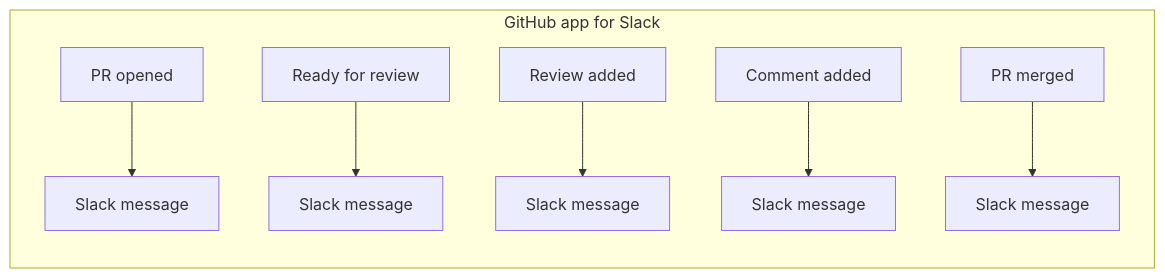
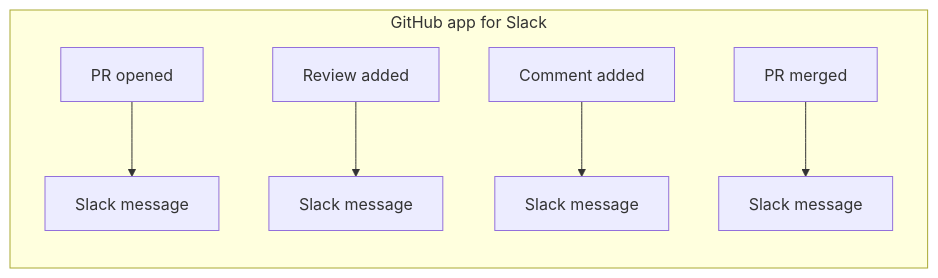
Before and after one commit to mptooling/notifycat: the first of 2 diagrams in docs/index.md, drawn with Mermaid. The commit also changed other lines of this file and 23 other files, not shown here.

````diff
--- a/docs/index.md
+++ b/docs/index.md
@@ -30,10 +21,9 @@
 ```mermaid
 flowchart LR
     subgraph github_app[GitHub app for Slack]
         opened[PR opened] --> opened_msg[Slack message]
-        ready[Ready for review] --> ready_msg[Slack message]
         review[Review added] --> review_msg[Slack message]
         comment[Comment added] --> comment_msg[Slack message]
         merged[PR merged] --> merged_msg[Slack message]
     end
 ```
````
